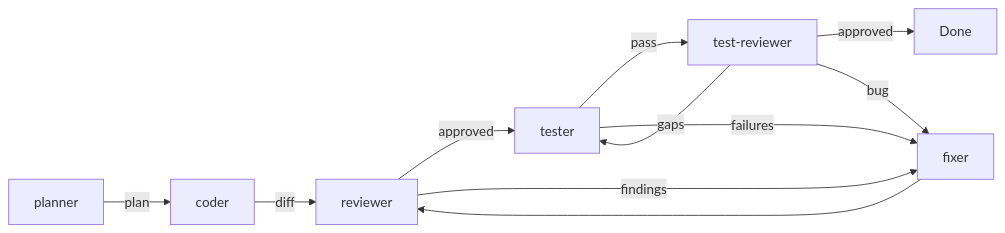
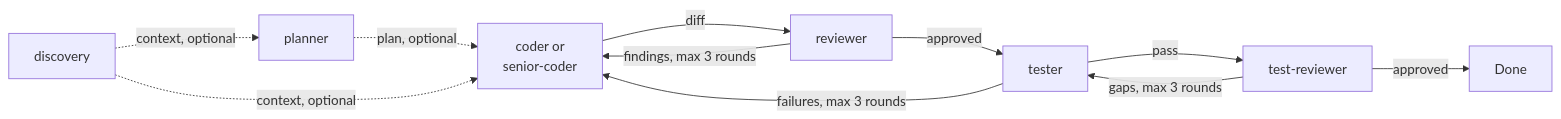
The second of 2 diagrams in docs/architecture.md (a-wf/copilot-workbench), drawn with Mermaid before and after one commit. The commit also changed other lines of this file and 16 other files, not shown here.

````diff
--- a/docs/architecture.md
+++ b/docs/architecture.md
@@ -42,13 +42,13 @@
 ```mermaid
 flowchart LR
-    A[planner] -->|plan| B[coder]
-    B -->|diff| C[reviewer]
-    C -->|approved| D[tester]
-    C -->|findings| E[fixer]
-    E --> C
-    D -->|pass| F[test-reviewer]
-    D -->|failures| E
-    F -->|approved| G[Done]
-    F -->|gaps| D
-    F -->|bug| E
+    DISC[discovery] -.->|context, optional| P[planner]
+    P -.->|plan, optional| CD["coder or\nsenior-coder"]
+    DISC -.->|context, optional| CD
+    CD -->|diff| R[reviewer]
+    R -->|approved| T[tester]
+    R -->|findings, max 3 rounds| CD
+    T -->|pass| TR[test-reviewer]
+    T -->|failures, max 3 rounds| CD
+    TR -->|approved| DONE[Done]
+    TR -->|gaps, max 3 rounds| T
 ```
````
